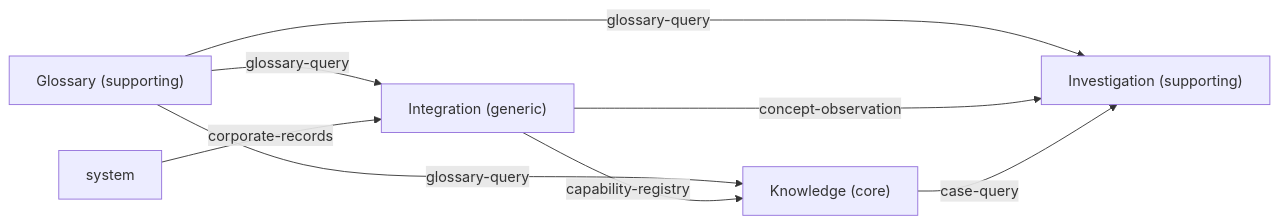
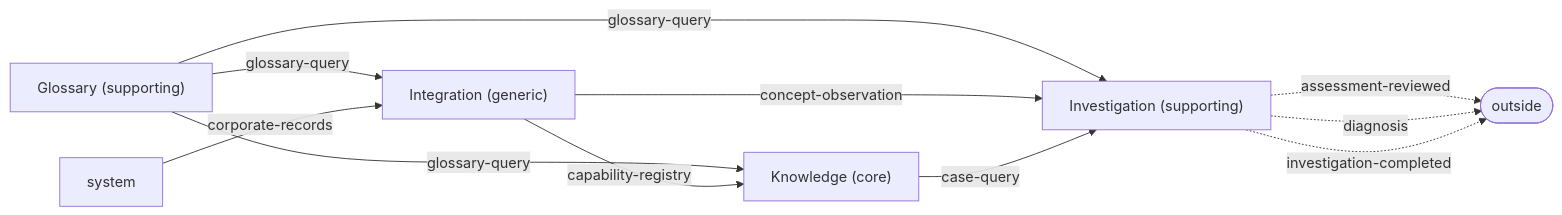
Before and after one commit to zig999/servicedesk: the diagram in knowledge/projections/context-map.mmd, drawn with Mermaid. The commit also changed 17 other files, not shown here.

```diff
--- a/knowledge/projections/context-map.mmd
+++ b/knowledge/projections/context-map.mmd
@@ -1,12 +1,16 @@
 flowchart LR
     glossary["Glossary (supporting)"]
     integration["Integration (generic)"]
     investigation["Investigation (supporting)"]
     knowledge["Knowledge (core)"]
     glossary -->|glossary-query| integration
     glossary -->|glossary-query| investigation
     glossary -->|glossary-query| knowledge
     integration -->|concept-observation| investigation
     integration -->|capability-registry| knowledge
     knowledge -->|case-query| investigation
     system -->|corporate-records| integration
+    outside(["outside"])
+    investigation -.->|assessment-reviewed| outside
+    investigation -.->|diagnosis| outside
+    investigation -.->|investigation-completed| outside
```
